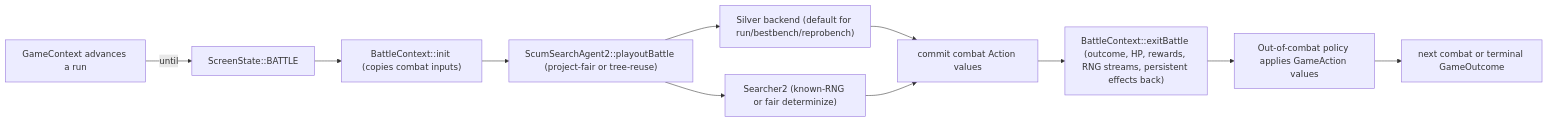
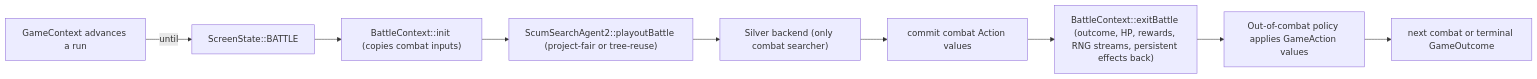
One commit to pherrman1/sts_ai changed the diagram in docs/knowledge-base/architecture/overview.md. Above: the diagram before and after it, drawn with Mermaid. The commit also changed other lines of this file and 52 other files, not shown here.

````diff
--- a/docs/knowledge-base/architecture/overview.md
+++ b/docs/knowledge-base/architecture/overview.md
@@ -67,13 +66,11 @@
 ```mermaid
 flowchart LR
     GC["GameContext advances a run"] -->|until| BATTLE["ScreenState::BATTLE"]
     BATTLE --> INIT["BattleContext::init (copies combat inputs)"]
     INIT --> CHOICE["ScumSearchAgent2::playoutBattle (project-fair or tree-reuse)"]
-    CHOICE --> SILVER["Silver backend (default for run/bestbench/reprobench)"]
-    CHOICE --> S2["Searcher2 (known-RNG or fair determinize)"]
+    CHOICE --> SILVER["Silver backend (only combat searcher)"]
     SILVER --> COMMIT["commit combat Action values"]
-    S2 --> COMMIT
     COMMIT --> EXIT["BattleContext::exitBattle (outcome, HP, rewards, RNG streams, persistent effects back)"]
     EXIT --> OOC["Out-of-combat policy applies GameAction values"]
     OOC --> NEXT["next combat or terminal GameOutcome"]
 ```
````
